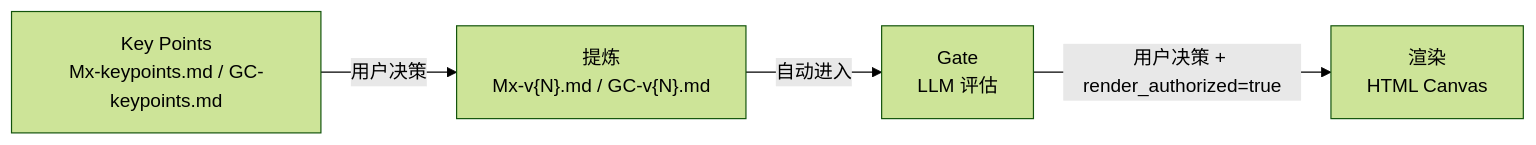
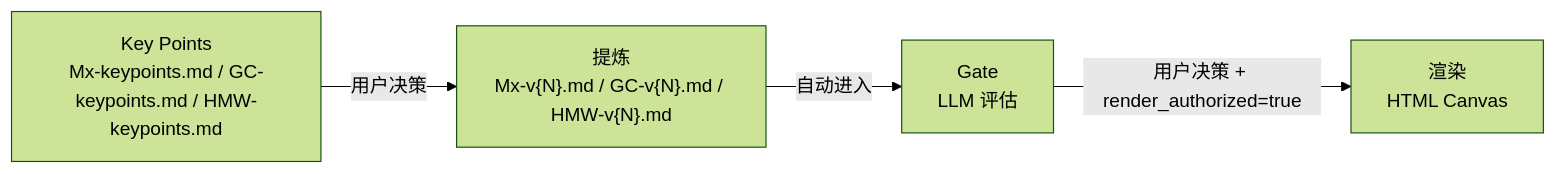
The diagram in README.md (wanghongbj321-code/pratyaya), drawn with Mermaid (forest theme) before and after one commit. The commit also changed other lines of this file and 4 other files, not shown here.

````diff
--- a/README.md
+++ b/README.md
@@ -19,10 +20,10 @@
 ```mermaid
 flowchart LR
-    A["Key Points<br/>Mx-keypoints.md / GC-keypoints.md"]
-    B["提炼<br/>Mx-v{N}.md / GC-v{N}.md"]
+    A["Key Points<br/>Mx-keypoints.md / GC-keypoints.md / HMW-keypoints.md"]
+    B["提炼<br/>Mx-v{N}.md / GC-v{N}.md / HMW-v{N}.md"]
     C["Gate<br/>LLM 评估"]
     D["渲染<br/>HTML Canvas"]
     A -->|用户决策| B
     B -->|自动进入| C
     C -->|用户决策 + render_authorized=true| D
 ```
````
